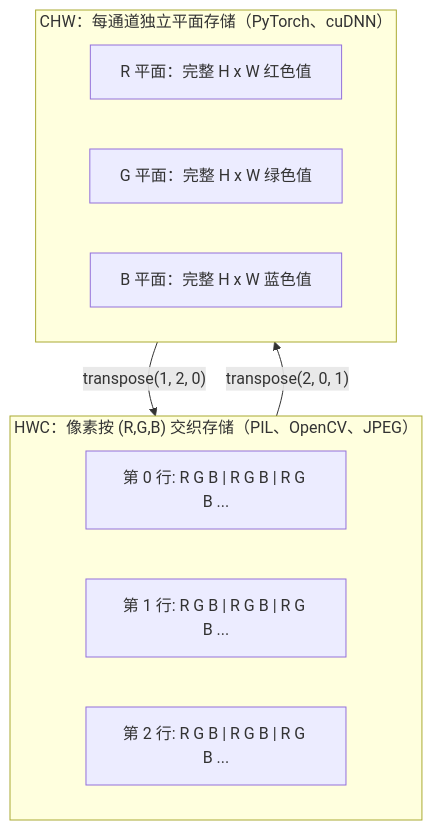
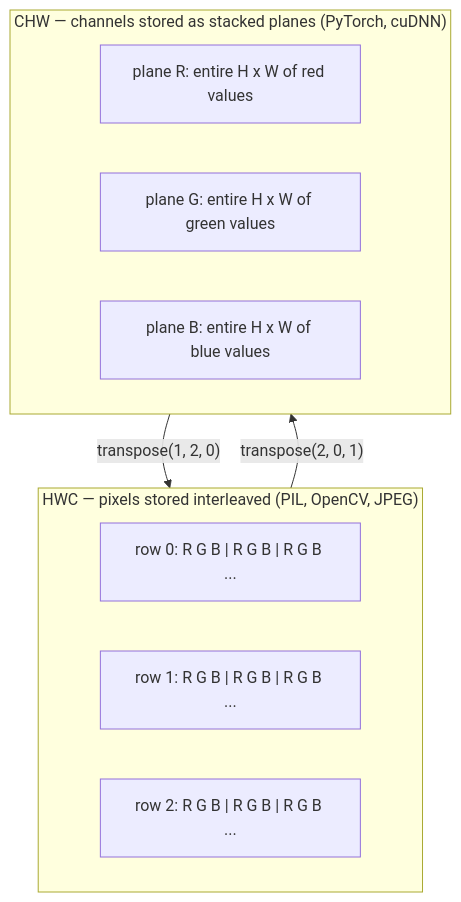
One commit to omigaZen/ai-engineering-from-scratch changed the second of 2 diagrams in phases/04-computer-vision/01-image-fundamentals/docs/zh.md. Above: the diagram before and after it, drawn with Mermaid. The commit also changed other lines of this file and 9 other files, not shown here.

````diff
--- a/phases/04-computer-vision/01-image-fundamentals/docs/zh.md
+++ b/phases/04-computer-vision/01-image-fundamentals/docs/zh.md
@@ -121,15 +121,15 @@
 ```mermaid
 flowchart TB
-    subgraph HWC["HWC：像素按 (R,G,B) 交织存储（PIL、OpenCV、JPEG）"]
-        H1["第 0 行: R G B | R G B | R G B ..."]
-        H2["第 1 行: R G B | R G B | R G B ..."]
-        H3["第 2 行: R G B | R G B | R G B ..."]
+    subgraph HWC["HWC — pixels stored interleaved (PIL, OpenCV, JPEG)"]
+        H1["row 0: R G B | R G B | R G B ..."]
+        H2["row 1: R G B | R G B | R G B ..."]
+        H3["row 2: R G B | R G B | R G B ..."]
     end
-    subgraph CHW["CHW：每通道独立平面存储（PyTorch、cuDNN）"]
-        C1["R 平面：完整 H x W 红色值"]
-        C2["G 平面：完整 H x W 绿色值"]
-        C3["B 平面：完整 H x W 蓝色值"]
+    subgraph CHW["CHW — channels stored as stacked planes (PyTorch, cuDNN)"]
+        C1["plane R: entire H x W of red values"]
+        C2["plane G: entire H x W of green values"]
+        C3["plane B: entire H x W of blue values"]
     end
     HWC -->|"transpose(2, 0, 1)"| CHW
     CHW -->|"transpose(1, 2, 0)"| HWC
 ```
````
